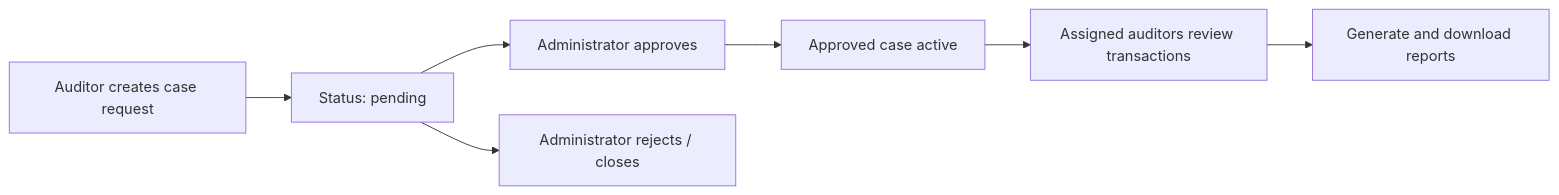
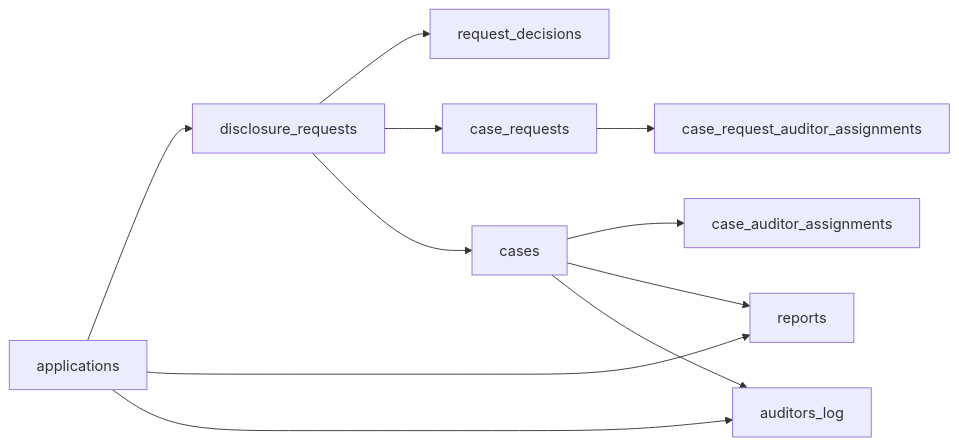
The first of 2 diagrams in architecture/disclosure-cases-and-reports.mdx (Polynom-Labs/arcane-compliance-docs), drawn with Mermaid before and after one commit. The commit also changed other lines of this file and 10 other files, not shown here.

Commit message:
Ground architecture docs in implementation

````diff
--- a/architecture/disclosure-cases-and-reports.mdx
+++ b/architecture/disclosure-cases-and-reports.mdx
@@ -21,12 +10,23 @@
 ```mermaid
 flowchart LR
-  create["Auditor creates case request"]
-  pending["Status: pending"]
-  approve["Administrator approves"]
-  approved["Approved case active"]
-  review["Assigned auditors review transactions"]
-  report["Generate and download reports"]
-  create --> pending
-  pending --> approve --> approved --> review --> report
-  pending --> reject["Administrator rejects / closes"]
+  apps["applications"]
+  disclosure["disclosure_requests"]
+  decisions["request_decisions"]
+  caseReq["case_requests"]
+  reqAssign["case_request_auditor_assignments"]
+  cases["cases"]
+  caseAssign["case_auditor_assignments"]
+  reports["reports"]
+  log["auditors_log"]
+
+  apps --> disclosure
+  disclosure --> decisions
+  disclosure --> caseReq
+  caseReq --> reqAssign
+  disclosure --> cases
+  cases --> caseAssign
+  cases --> reports
+  apps --> reports
+  apps --> log
+  cases --> log
 ```
````
